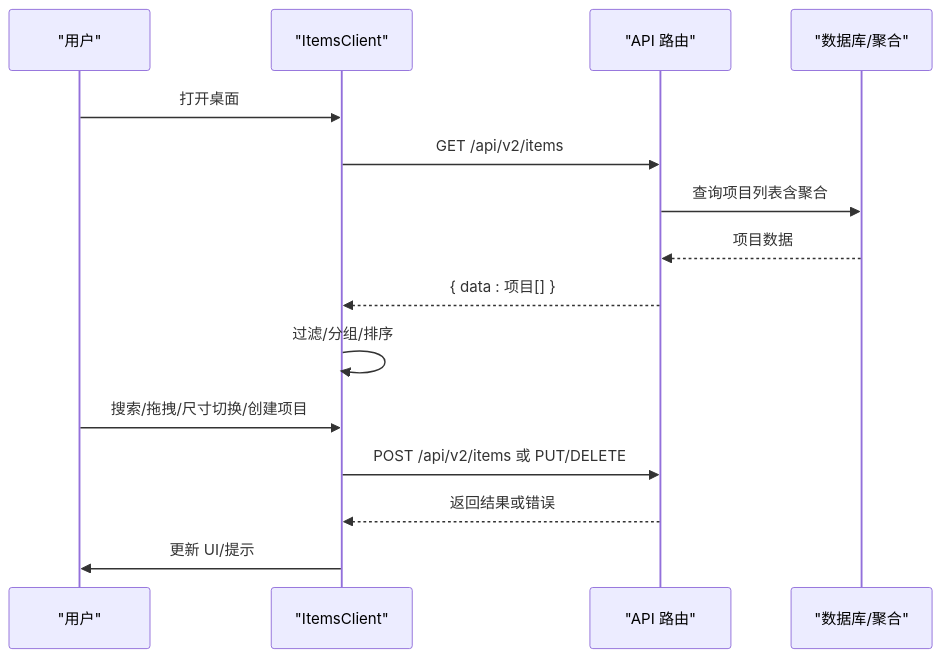
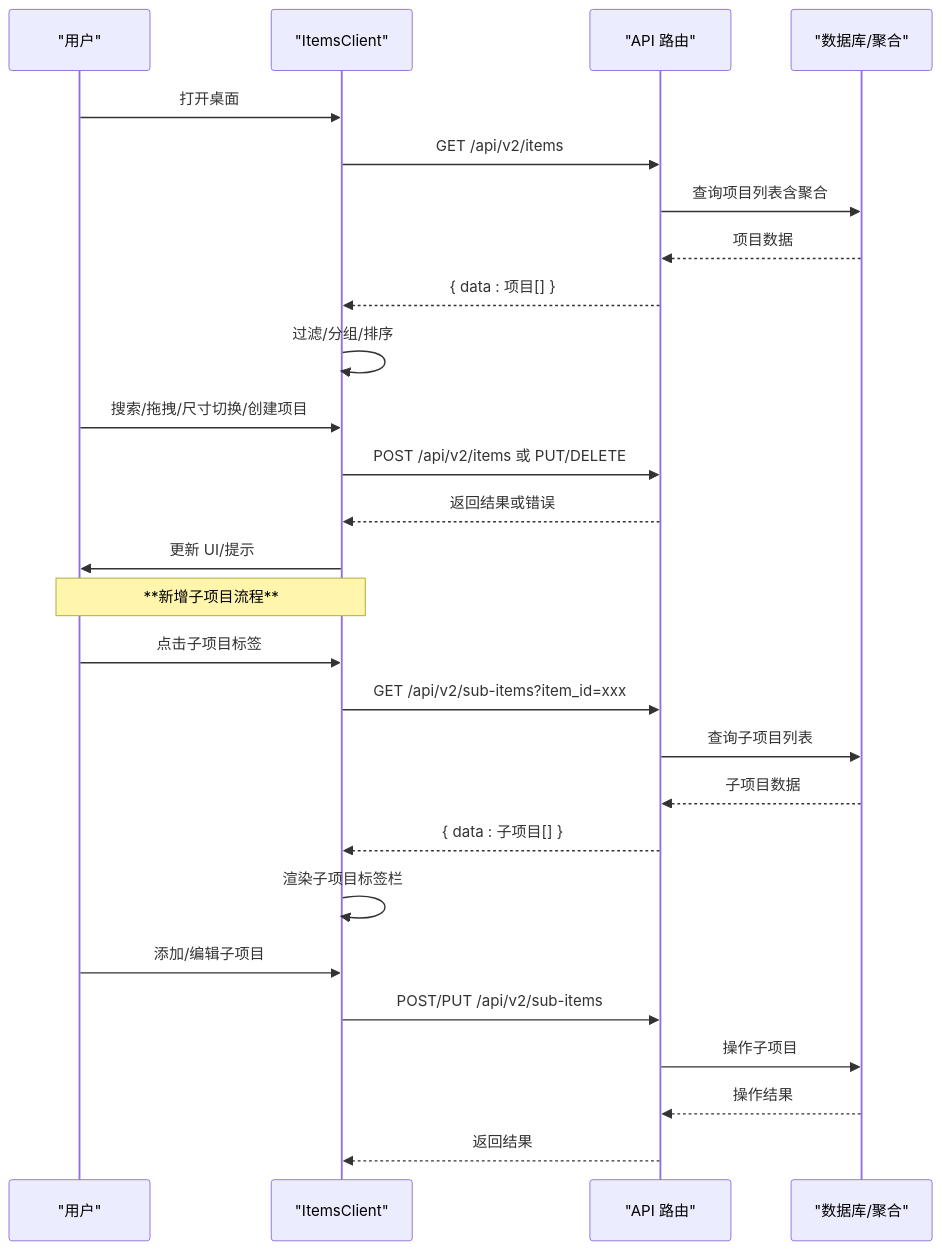
Before and after one commit to bbong1234/TETO: the second of 11 diagrams in .qoder/repowiki/zh/content/核心功能模块/项目跟踪系统/项目管理.md, drawn with Mermaid. The commit also changed other lines of this file and 10 other files, not shown here.

````diff
--- a/.qoder/repowiki/zh/content/核心功能模块/项目跟踪系统/项目管理.md
+++ b/.qoder/repowiki/zh/content/核心功能模块/项目跟踪系统/项目管理.md
@@ -103,17 +158,29 @@
 ```mermaid
 sequenceDiagram
 participant U as "用户"
 participant C as "ItemsClient"
 participant API as "API 路由"
 participant DB as "数据库/聚合"
 U->>C : 打开桌面
 C->>API : GET /api/v2/items
 API->>DB : 查询项目列表含聚合
 DB-->>API : 项目数据
 API-->>C : { data : 项目[] }
 C->>C : 过滤/分组/排序
 U->>C : 搜索/拖拽/尺寸切换/创建项目
 C->>API : POST /api/v2/items 或 PUT/DELETE
 API-->>C : 返回结果或错误
 C->>U : 更新 UI/提示
+Note over U,C : **新增子项目流程**
+U->>C : 点击子项目标签
+C->>API : GET /api/v2/sub-items?item_id=xxx
+API->>DB : 查询子项目列表
+DB-->>API : 子项目数据
+API-->>C : { data : 子项目[] }
+C->>C : 渲染子项目标签栏
+U->>C : 添加/编辑子项目
+C->>API : POST/PUT /api/v2/sub-items
+API->>DB : 操作子项目
+DB-->>API : 操作结果
+API-->>C : 返回结果
 ```
````
